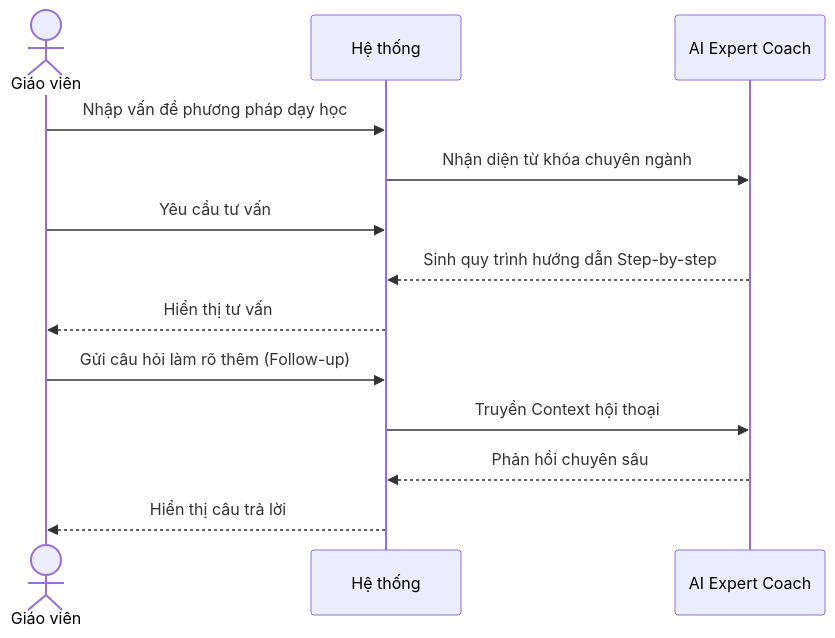
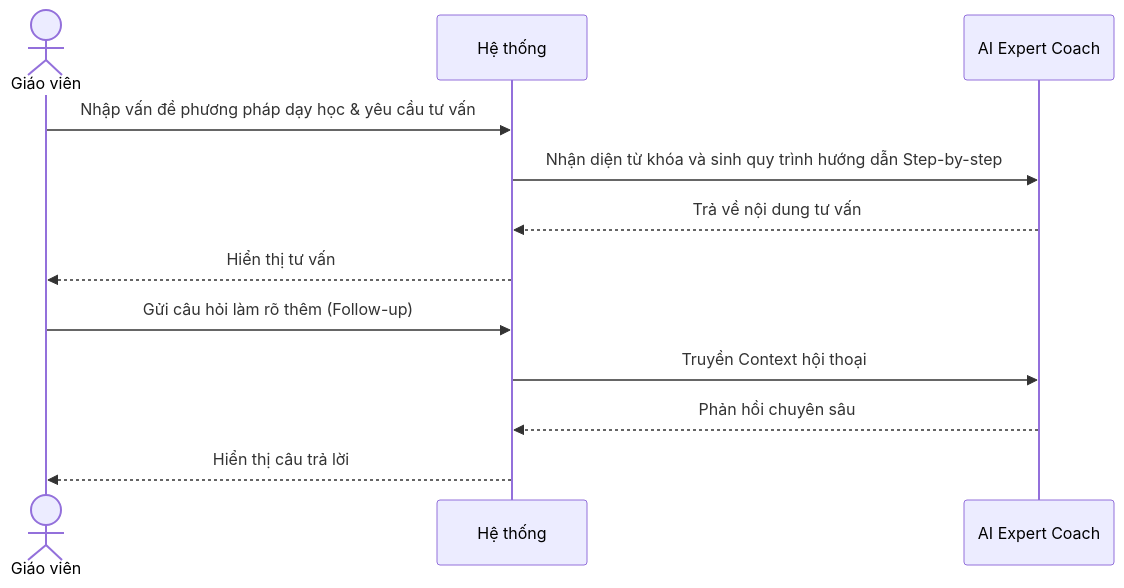
One commit to Cong-ty-TNNH-Q-Tech/Q-School changed the second of 3 diagrams in docs/usecase/nhom_4_ai_assistant.md. Above: the diagram before and after it, drawn with Mermaid. The commit also changed other lines of this file and 4 other files, not shown here.

Commit message:
docs(usecase): standardize all tables and sequence diagrams, fix temporal logic and AI roles

````diff
--- a/docs/usecase/nhom_4_ai_assistant.md
+++ b/docs/usecase/nhom_4_ai_assistant.md
@@ -54,16 +51,15 @@
 ```mermaid
 sequenceDiagram
     actor GV as Giáo viên
     participant HT as Hệ thống
     participant AI as AI Expert Coach
 
-    GV->>HT: Nhập vấn đề phương pháp dạy học
-    HT->>AI: Nhận diện từ khóa chuyên ngành
-    GV->>HT: Yêu cầu tư vấn
-    AI-->>HT: Sinh quy trình hướng dẫn Step-by-step
+    GV->>HT: Nhập vấn đề phương pháp dạy học & yêu cầu tư vấn
+    HT->>AI: Nhận diện từ khóa và sinh quy trình hướng dẫn Step-by-step
+    AI-->>HT: Trả về nội dung tư vấn
     HT-->>GV: Hiển thị tư vấn
     GV->>HT: Gửi câu hỏi làm rõ thêm (Follow-up)
     HT->>AI: Truyền Context hội thoại
     AI-->>HT: Phản hồi chuyên sâu
     HT-->>GV: Hiển thị câu trả lời
 ```
````
